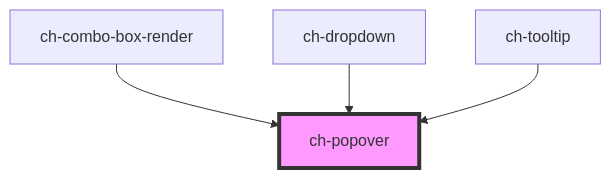
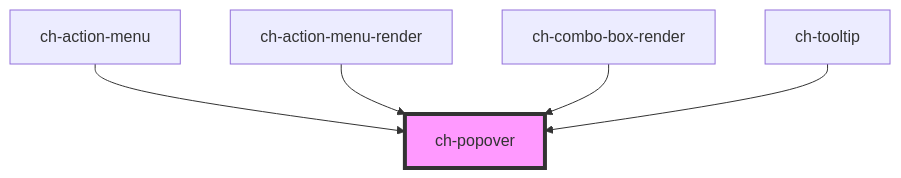
The diagram in src/components/popover/readme.md (genexuslabs/chameleon-controls-library), drawn with Mermaid before and after one commit. The commit also changed other lines of this file and 15 other files, not shown here.

````diff
--- a/src/components/popover/readme.md
+++ b/src/components/popover/readme.md
@@ -70,7 +71,8 @@
 ```mermaid
 graph TD;
+  ch-action-menu --> ch-popover
+  ch-action-menu-render --> ch-popover
   ch-combo-box-render --> ch-popover
-  ch-dropdown --> ch-popover
   ch-tooltip --> ch-popover
   style ch-popover fill:#f9f,stroke:#333,stroke-width:4px
 ```
````
